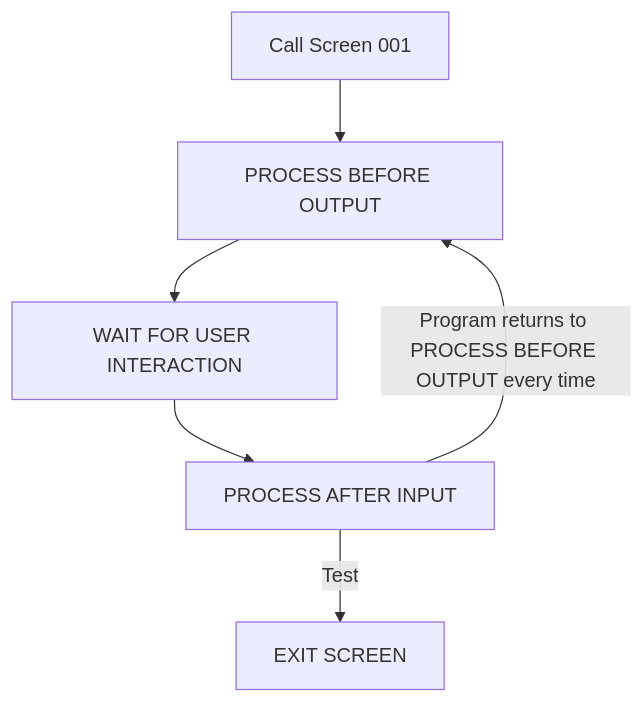
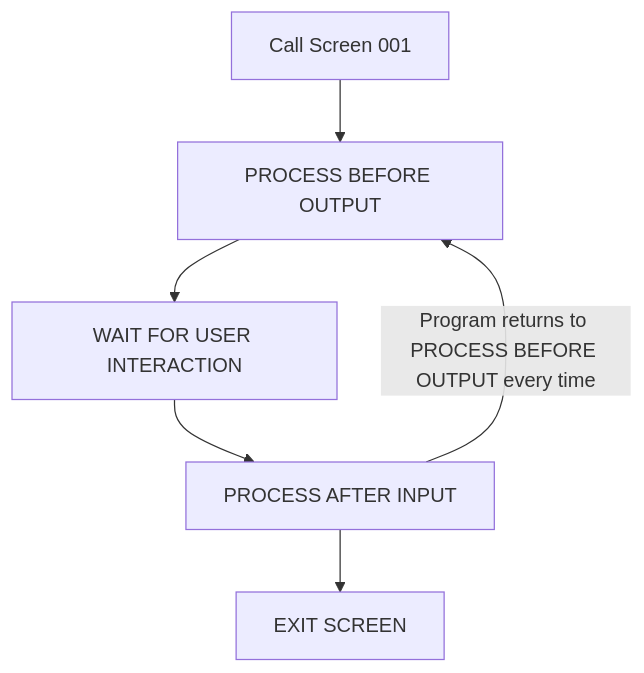
Before and after one commit to Fabeure/ABAP-Initiation: the diagram in Exercice4.md, drawn with Mermaid.

````diff
--- a/Exercice4.md
+++ b/Exercice4.md
@@ -37,9 +37,9 @@
     ``` mermaid
       graph TD;
             A[Call Screen 001]-->B[PROCESS BEFORE OUTPUT];
             B[PROCESS BEFORE OUTPUT]-->C[WAIT FOR USER INTERACTION];
             C[WAIT FOR USER INTERACTION]-->D[PROCESS AFTER INPUT];
-            D -- Test -->E[EXIT SCREEN];
+            D -->E[EXIT SCREEN];
             D -- Program returns to PROCESS BEFORE OUTPUT every time -->B;
             
     ```
````
